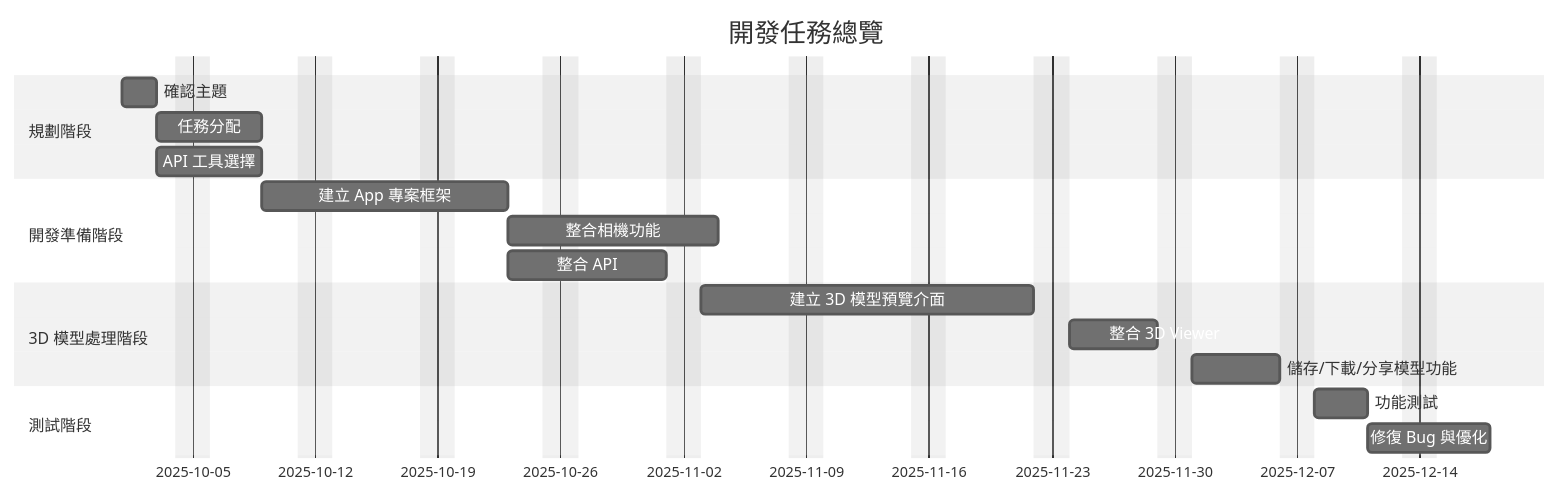
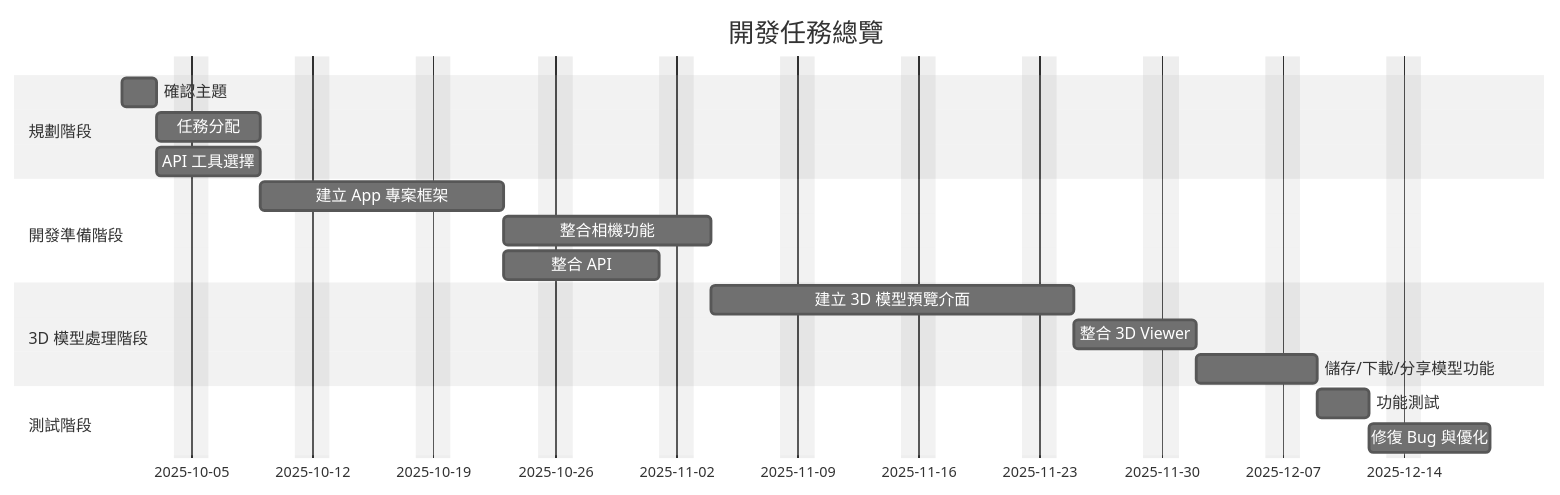
One commit to ReienOuO/- changed the first of 2 diagrams in 任務分配.md. Above: the diagram before and after it, drawn with Mermaid (neutral theme).

````diff
--- a/任務分配.md
+++ b/任務分配.md
@@ -12,26 +12,26 @@
 ```mermaid
 gantt
     title 開發任務總覽
     dateFormat  YYYY-MM-DD
     excludes    weekends
 
     section 規劃階段
     確認主題              :a1, 2025-10-01, 2d
     任務分配              :a2, after a1, 4d
     API 工具選擇          :a3, after a1, 4d
 
     section 開發準備階段
     建立 App 專案框架     :a4, after a2, 10d
     整合相機功能          :a5, after a4, 8d
     整合 API              :a6, after a4, 7d
 
     section 3D 模型處理階段
-    建立 3D 模型預覽介面      :a7, after a6, 15d
+    建立 3D 模型預覽介面      :a7, after a5, 15d
     整合 3D Viewer           :a8, after a7, 5d
     儲存/下載/分享模型功能    :a9, after a8, 5d
 
     section 測試階段
     功能測試                :a10, after a9, 3d
     修復 Bug 與優化          :a11, after a10, 5d
 
 ```
````
